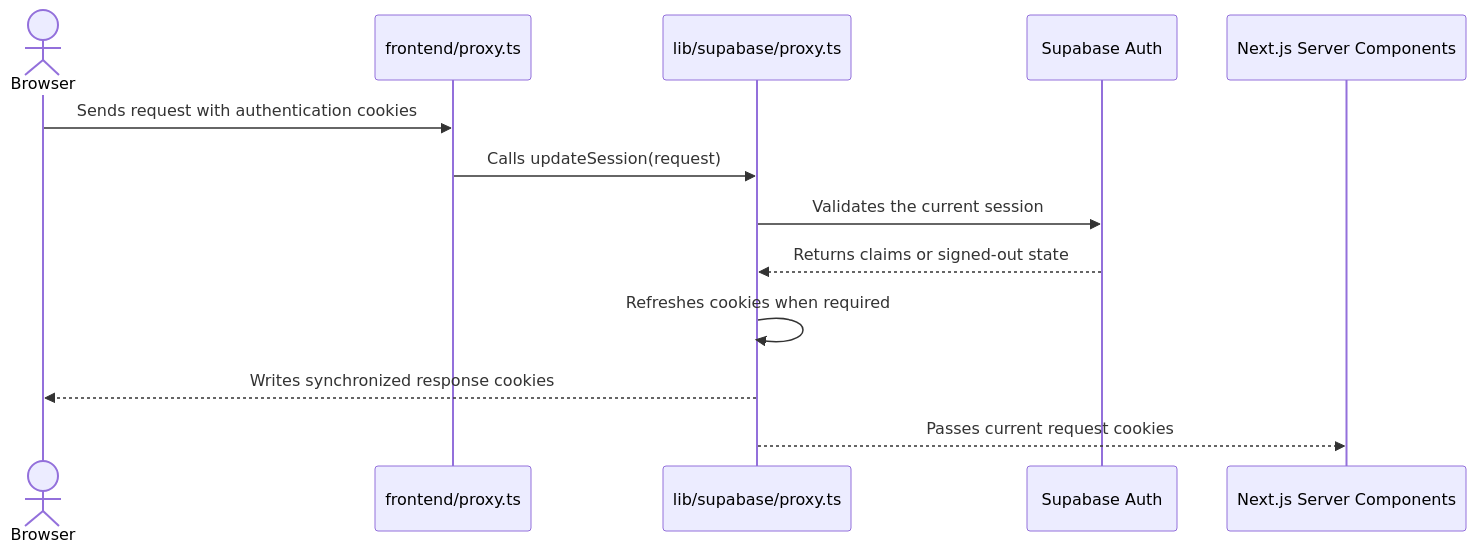
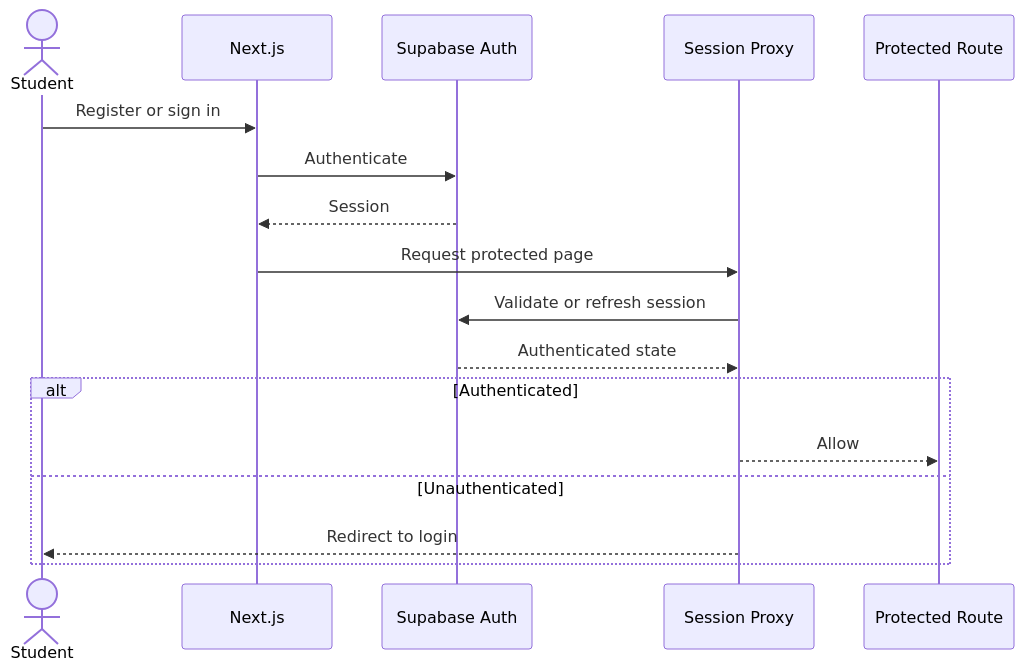
Before and after one commit to jianna-acc/stsp-capstone: the second of 14 diagrams in docs/ARCHITECTURE.md, drawn with Mermaid. The commit also changed other lines of this file and 67 other files, not shown here.

````diff
--- a/docs/ARCHITECTURE.md
+++ b/docs/ARCHITECTURE.md
@@ -464,16 +163,22 @@
 ```mermaid
 sequenceDiagram
-    actor Browser
-    participant Proxy as frontend/proxy.ts
-    participant Session as lib/supabase/proxy.ts
-    participant Auth as Supabase Auth
-    participant Server as Next.js Server Components
+    actor Student
+    participant Frontend as Next.js
+    participant Supabase as Supabase Auth
+    participant Proxy as Session Proxy
+    participant Protected as Protected Route
 
-    Browser->>Proxy: Sends request with authentication cookies
-    Proxy->>Session: Calls updateSession(request)
-    Session->>Auth: Validates the current session
-    Auth-->>Session: Returns claims or signed-out state
-    Session->>Session: Refreshes cookies when required
-    Session-->>Browser: Writes synchronized response cookies
-    Session-->>Server: Passes current request cookies
+    Student->>Frontend: Register or sign in
+    Frontend->>Supabase: Authenticate
+    Supabase-->>Frontend: Session
+
+    Frontend->>Proxy: Request protected page
+    Proxy->>Supabase: Validate or refresh session
+    Supabase-->>Proxy: Authenticated state
+
+    alt Authenticated
+        Proxy-->>Protected: Allow
+    else Unauthenticated
+        Proxy-->>Student: Redirect to login
+    end
 ```
````
